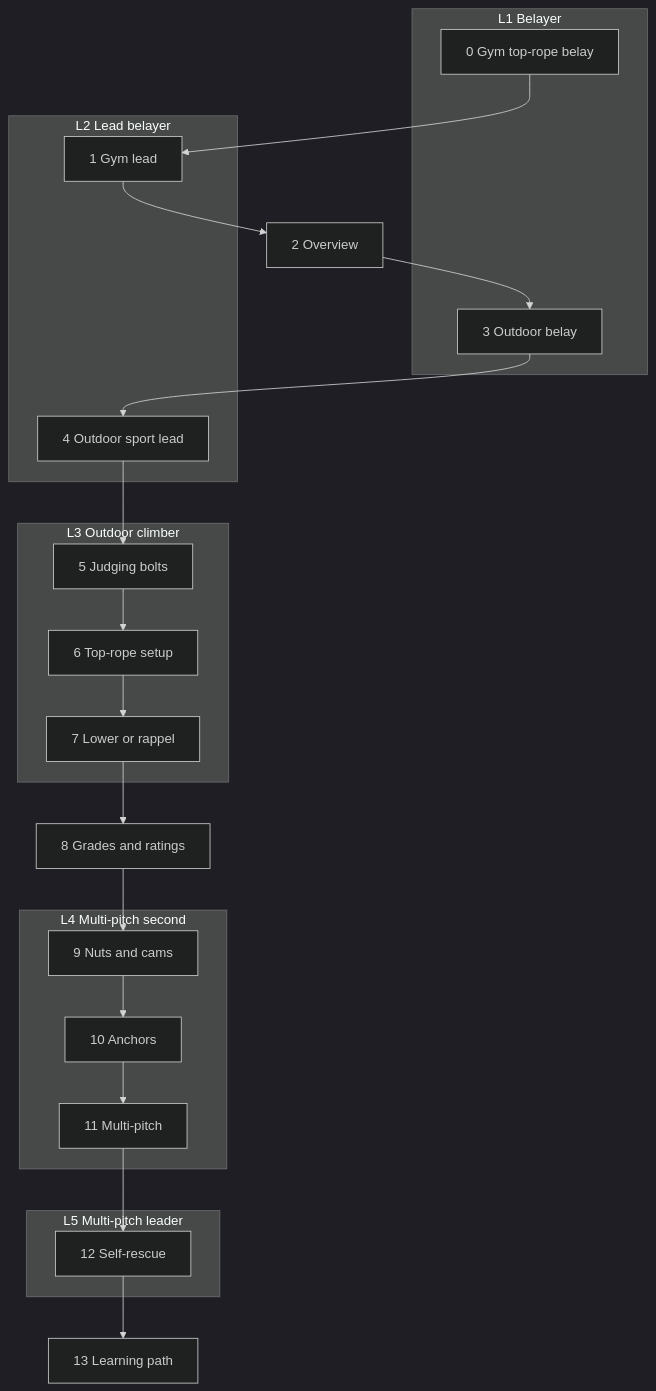
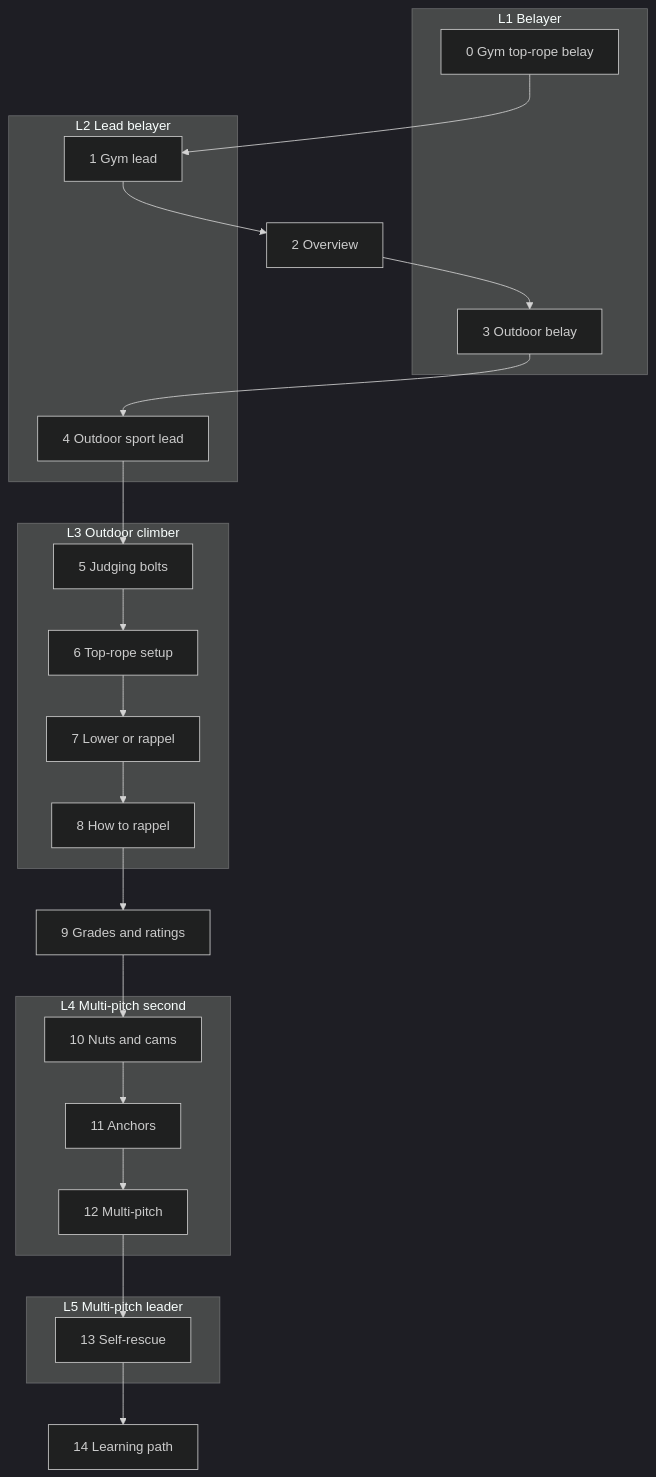
Before and after one commit to vincentxuu/quidproquo: the diagram in src/content/posts/climbing/2026-10-17-sport-vs-trad-overview-en.md, drawn with Mermaid (dark theme). The commit also changed other lines of this file and 27 other files, not shown here.

````diff
--- a/src/content/posts/climbing/2026-10-17-sport-vs-trad-overview-en.md
+++ b/src/content/posts/climbing/2026-10-17-sport-vs-trad-overview-en.md
@@ -150,28 +150,29 @@
 ```mermaid
 flowchart TB
   subgraph S1["L1 Belayer"]
     P0["0 Gym top-rope belay"]
     P3["3 Outdoor belay"]
   end
   subgraph S2["L2 Lead belayer"]
     P1["1 Gym lead"]
     P4["4 Outdoor sport lead"]
   end
   P2["2 Overview"]
   subgraph S3["L3 Outdoor climber"]
     P5["5 Judging bolts"]
     P6["6 Top-rope setup"]
     P7["7 Lower or rappel"]
+    P8["8 How to rappel"]
   end
-  P8["8 Grades and ratings"]
+  P9["9 Grades and ratings"]
   subgraph S4["L4 Multi-pitch second"]
-    P9["9 Nuts and cams"]
-    P10["10 Anchors"]
-    P11["11 Multi-pitch"]
+    P10["10 Nuts and cams"]
+    P11["11 Anchors"]
+    P12["12 Multi-pitch"]
   end
   subgraph S5["L5 Multi-pitch leader"]
-    P12["12 Self-rescue"]
+    P13["13 Self-rescue"]
   end
-  P13["13 Learning path"]
-  P0 --> P1 --> P2 --> P3 --> P4 --> P5 --> P6 --> P7 --> P8 --> P9 --> P10 --> P11 --> P12 --> P13
+  P14["14 Learning path"]
+  P0 --> P1 --> P2 --> P3 --> P4 --> P5 --> P6 --> P7 --> P8 --> P9 --> P10 --> P11 --> P12 --> P13 --> P14
 ```
````
